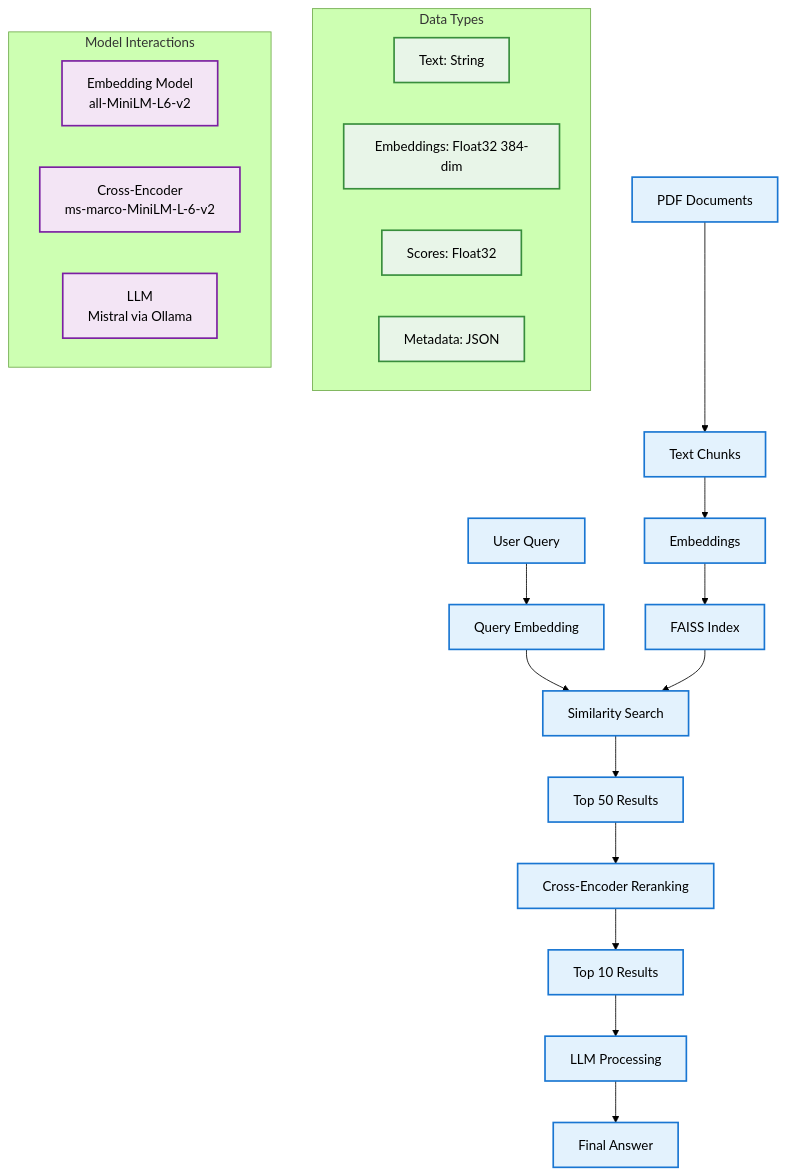
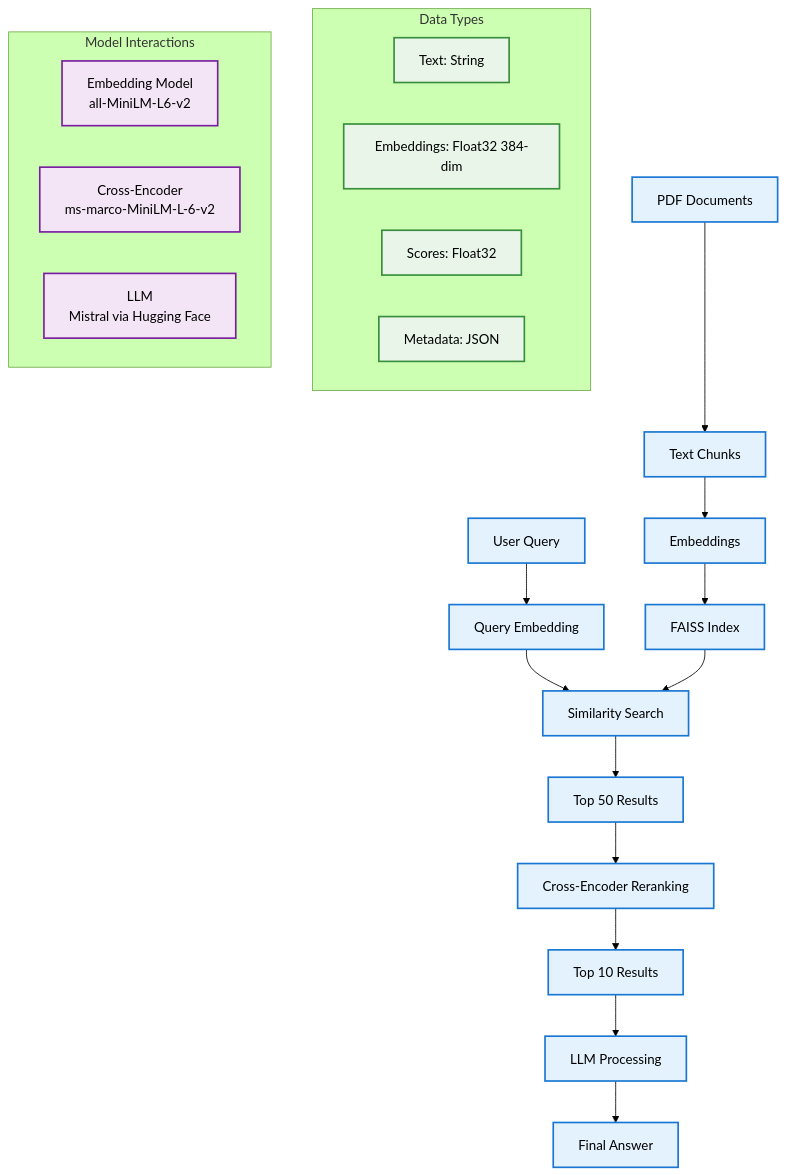
Before and after one commit to kevinmastascusa/scaffold_ai: the fifth of 6 diagrams in documentation/model_architecture_diagrams.md, drawn with Mermaid (forest theme). The commit also changed other lines of this file and 25 other files, not shown here.

````diff
--- a/documentation/model_architecture_diagrams.md
+++ b/documentation/model_architecture_diagrams.md
@@ -146,44 +149,44 @@
 ```mermaid
 flowchart TD
     %% Data Sources
     A[PDF Documents] --> B[Text Chunks]
     B --> C[Embeddings]
     C --> D[FAISS Index]
     
     %% Query Flow
     E[User Query] --> F[Query Embedding]
     F --> G[Similarity Search]
     D --> G
     G --> H[Top 50 Results]
     
     %% Reranking Flow
     H --> I[Cross-Encoder Reranking]
     I --> J[Top 10 Results]
     
     %% LLM Flow
     J --> K[LLM Processing]
     K --> L[Final Answer]
     
     %% Data Types
     subgraph "Data Types"
         M[Text: String]
         N[Embeddings: Float32 384-dim]
         O[Scores: Float32]
         P[Metadata: JSON]
     end
     
     %% Model Interactions
     subgraph "Model Interactions"
         Q[Embedding Model<br/>all-MiniLM-L6-v2]
         R[Cross-Encoder<br/>ms-marco-MiniLM-L-6-v2]
-        S[LLM<br/>Mistral via Ollama]
+        S[LLM<br/>Mistral via Hugging Face]
     end
     
     classDef data fill:#e3f2fd,stroke:#1976d2,stroke-width:2px
     classDef model fill:#f3e5f5,stroke:#7b1fa2,stroke-width:2px
     classDef flow fill:#e8f5e8,stroke:#388e3c,stroke-width:2px
     
     class A,B,C,D,E,F,G,H,I,J,K,L data
     class Q,R,S model
     class M,N,O,P flow
 ```
````
